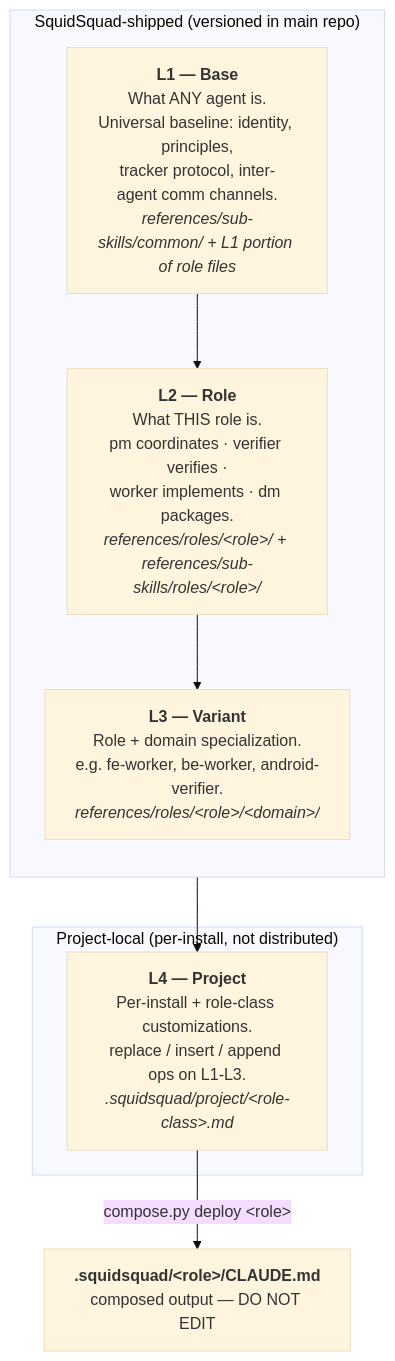
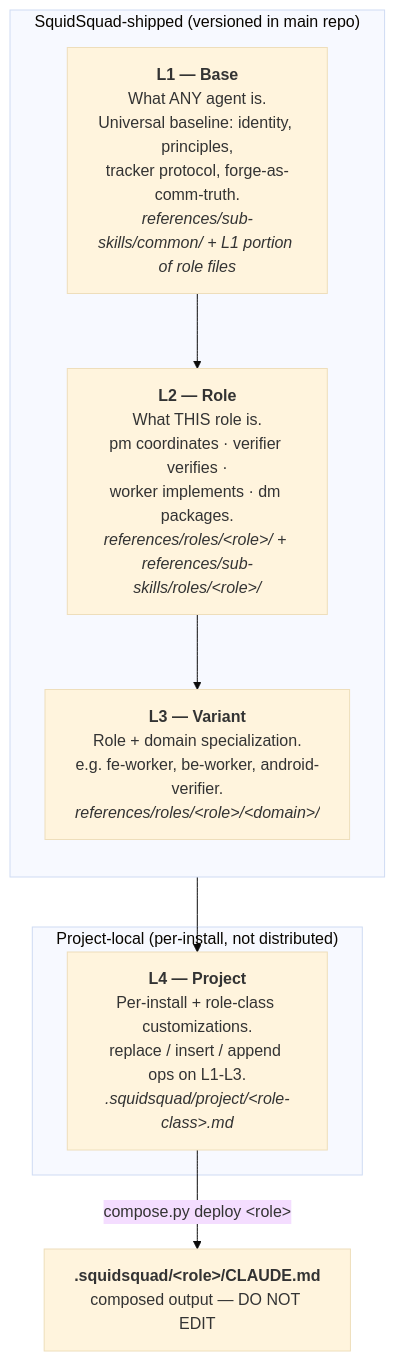
The second of 10 diagrams in docs/COMPOSE-ARCHITECTURE.md (WallyDoodlez/SquidSquad), drawn with Mermaid (base theme) before and after one commit. The commit also changed other lines of this file, not shown here.

First line of the commit message:
docs: forge-as-truth, events-as-wake inter-agent comm model (§5.1.1)

````diff
--- a/docs/COMPOSE-ARCHITECTURE.md
+++ b/docs/COMPOSE-ARCHITECTURE.md
@@ -79,15 +79,15 @@
 ```mermaid
 flowchart TB
   subgraph SHIP["SquidSquad-shipped (versioned in main repo)"]
     direction TB
-    L1["<b>L1 — Base</b><br/>What ANY agent is.<br/>Universal baseline: identity, principles,<br/>tracker protocol, inter-agent comm channels.<br/><i>references/sub-skills/common/ + L1 portion of role files</i>"]
+    L1["<b>L1 — Base</b><br/>What ANY agent is.<br/>Universal baseline: identity, principles,<br/>tracker protocol, forge-as-comm-truth.<br/><i>references/sub-skills/common/ + L1 portion of role files</i>"]
     L2["<b>L2 — Role</b><br/>What THIS role is.<br/>pm coordinates · verifier verifies ·<br/>worker implements · dm packages.<br/><i>references/roles/&lt;role&gt;/ + references/sub-skills/roles/&lt;role&gt;/</i>"]
     L3["<b>L3 — Variant</b><br/>Role + domain specialization.<br/>e.g. fe-worker, be-worker, android-verifier.<br/><i>references/roles/&lt;role&gt;/&lt;domain&gt;/</i>"]
     L1 --> L2 --> L3
   end
   subgraph LOCAL["Project-local (per-install, not distributed)"]
     L4["<b>L4 — Project</b><br/>Per-install + role-class customizations.<br/>replace / insert / append ops on L1-L3.<br/><i>.squidsquad/project/&lt;role-class&gt;.md</i>"]
   end
   L3 --> L4
   L4 -->|"compose.py deploy &lt;role&gt;"| OUT["<b>.squidsquad/&lt;role&gt;/CLAUDE.md</b><br/>composed output — DO NOT EDIT"]
 ```
````
